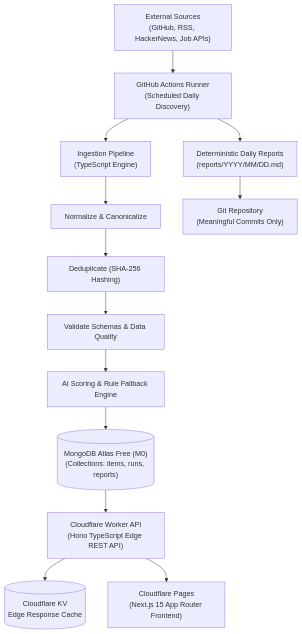
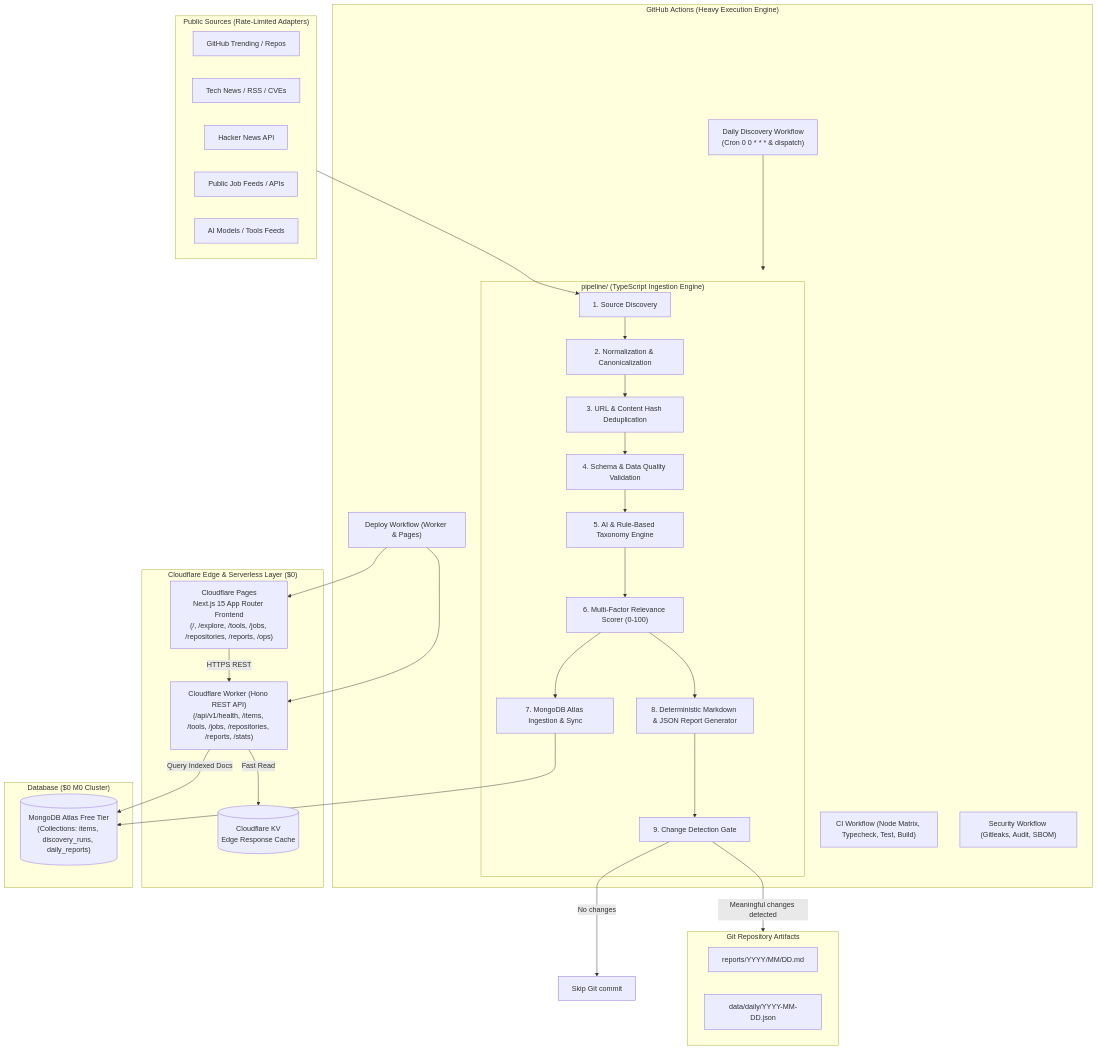
One commit to somyacodes07/DevAtlas changed the first of 2 diagrams in README.md. Above: the diagram before and after it, drawn with Mermaid. The commit also changed other lines of this file and 1 other file, not shown here.

Commit message:
docs(readme): enrich architecture diagrams, deployment guide, and project documentation

````diff
--- a/README.md
+++ b/README.md
@@ -19,21 +27,60 @@
 ```mermaid
 flowchart TD
-    Sources["External Sources\n(GitHub, RSS, HackerNews, Job APIs)"]
-        --> Actions["GitHub Actions Runner\n(Scheduled Daily Discovery)"]
+    subgraph Sources["Public Sources (Rate-Limited Adapters)"]
+        GH["GitHub Trending / Repos"]
+        RSS["Tech News / RSS / CVEs"]
+        HN["Hacker News API"]
+        JOB["Public Job Feeds / APIs"]
+        AI_SRC["AI Models / Tools Feeds"]
+    end
 
-    Actions --> Pipeline["Ingestion Pipeline\n(TypeScript Engine)"]
+    subgraph GitHubEngine["GitHub Actions (Heavy Execution Engine)"]
+        WF_DAILY["Daily Discovery Workflow\n(Cron 0 0 * * * & dispatch)"]
+        
+        subgraph PipelineEngine["pipeline/ (TypeScript Ingestion Engine)"]
+            DISC["1. Source Discovery"]
+            NORM["2. Normalization & Canonicalization"]
+            DEDUP["3. URL & Content Hash Deduplication"]
+            VAL["4. Schema & Data Quality Validation"]
+            AI["5. AI & Rule-Based Taxonomy Engine"]
+            SCORE["6. Multi-Factor Relevance Scorer (0-100)"]
+            SYNC["7. MongoDB Atlas Ingestion & Sync"]
+            REP_GEN["8. Deterministic Markdown & JSON Report Generator"]
+            DIFF["9. Change Detection Gate"]
+        end
+        
+        WF_CI["CI Workflow (Node Matrix, Typecheck, Test, Build)"]
+        WF_SEC["Security Workflow (Gitleaks, Audit, SBOM)"]
+        WF_DEPLOY["Deploy Workflow (Worker & Pages)"]
+    end
 
-    Pipeline --> Normalize["Normalize & Canonicalize"]
-    Normalize --> Dedup["Deduplicate (SHA-256 Hashing)"]
-    Dedup --> Validate["Validate Schemas & Data Quality"]
-    Validate --> AI["AI Scoring & Rule Fallback Engine"]
+    subgraph CloudflareStack["Cloudflare Edge & Serverless Layer ($0)"]
+        CF_PAGES["Cloudflare Pages\nNext.js 15 App Router Frontend\n(/, /explore, /tools, /jobs, /repositories, /reports, /ops)"]
+        CF_WORKER["Cloudflare Worker (Hono REST API)\n(/api/v1/health, /items, /tools, /jobs, /repositories, /reports, /stats)"]
+        CF_KV[("Cloudflare KV\nEdge Response Cache")]
+    end
 
-    AI --> Mongo[("MongoDB Atlas Free (M0)\n(Collections: items, runs, reports)")]
+    subgraph Database["Database ($0 M0 Cluster)"]
+        MONGO[("MongoDB Atlas Free Tier\n(Collections: items, discovery_runs, daily_reports)")]
+    end
 
-    Actions --> Reports["Deterministic Daily Reports\n(reports/YYYY/MM/DD.md)"]
-    Reports --> Git["Git Repository\n(Meaningful Commits Only)"]
+    subgraph GitRepo["Git Repository Artifacts"]
+        REPORTS["reports/YYYY/MM/DD.md"]
+        DATA_SNAP["data/daily/YYYY-MM-DD.json"]
+    end
 
-    Mongo --> Worker["Cloudflare Worker API\n(Hono TypeScript Edge REST API)"]
-    Worker --> KV[("Cloudflare KV\nEdge Response Cache")]
-    Worker --> Frontend["Cloudflare Pages\n(Next.js 15 App Router Frontend)"]
+    Sources --> DISC
+    WF_DAILY --> PipelineEngine
+    DISC --> NORM --> DEDUP --> VAL --> AI --> SCORE --> SYNC
+    SYNC --> MONGO
+    SCORE --> REP_GEN
+    REP_GEN --> DIFF
+    DIFF -- "Meaningful changes detected" --> GitRepo
+    DIFF -- "No changes" --> SKIP["Skip Git commit"]
+
+    CF_PAGES -- "HTTPS REST" --> CF_WORKER
+    CF_WORKER -- "Fast Read" --> CF_KV
+    CF_WORKER -- "Query Indexed Docs" --> MONGO
+    WF_DEPLOY --> CF_WORKER
+    WF_DEPLOY --> CF_PAGES
 ```
````
